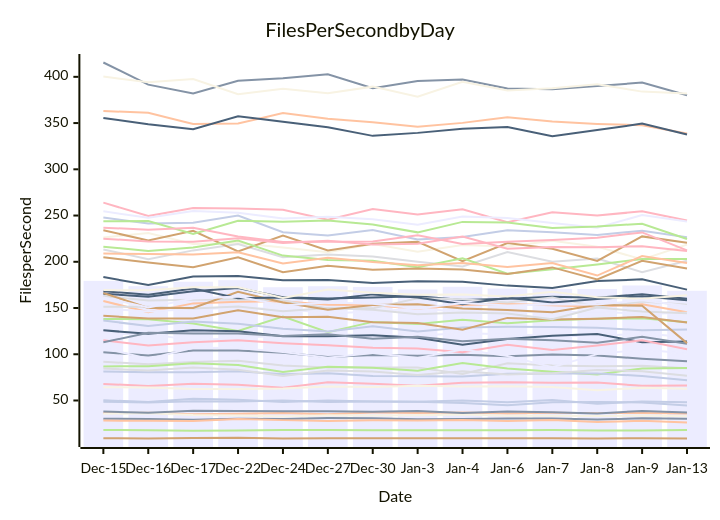
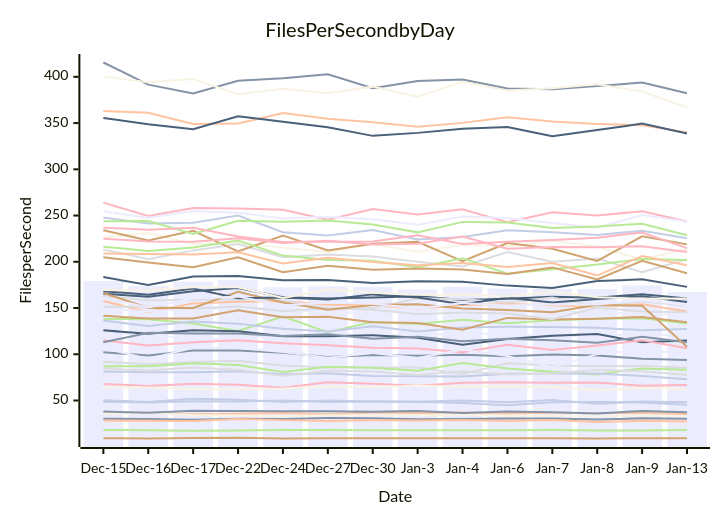
Before and after one commit to streetsidesoftware/cspell: the diagram in perf-report.md, drawn with Mermaid. The commit also changed other lines of this file and 1 other file, not shown here.

````diff
--- a/perf-report.md
+++ b/perf-report.md
@@ -10,57 +10,57 @@
 ```mermaid
 xychart-beta
     title Files Per Second by Day
     y-axis Files per Second
     x-axis Date [Dec-15, Dec-16, Dec-17, Dec-22, Dec-24, Dec-27, Dec-30, Jan-3, Jan-4, Jan-6, Jan-7, Jan-8, Jan-9, Jan-13]
-    bar [179.36, 173.64, 178.43, 180.09, 172.48, 173.54, 172.79, 170.07, 172.98, 171.06, 170.63, 170.60, 174.36, 168.67]
-    line [30.21, 30.10, 29.27, 30.24, 30.04, 30.99, 30.88, 29.79, 30.12, 30.58, 30.44, 29.43, 30.82, 30.14]
-    line [36.51, 36.62, 35.07, 35.79, 36.55, 35.09, 36.98, 36.38, 37.08, 36.07, 36.65, 36.34, 36.49, 35.99]
-    line [91.85, 89.18, 91.59, 93.06, 87.76, 85.72, 85.81, 85.78, 78.64, 90.27, 87.90, 87.06, 87.60, 84.94]
-    line [138.00, 137.98, 133.31, 125.20, 140.89, 123.76, 134.99, 132.64, 137.41, 133.47, 136.71, 138.45, 138.88, 134.62]
-    line [9.27, 8.94, 9.45, 9.78, 8.90, 9.07, 9.12, 9.16, 9.11, 9.12, 9.14, 8.90, 9.21, 9.03]
-    line [136.38, 130.55, 135.39, 132.89, 127.54, 124.61, 130.19, 124.72, 128.97, 129.63, 129.57, 128.75, 125.98, 126.77]
-    line [67.91, 65.71, 68.06, 67.11, 63.78, 69.83, 68.15, 65.99, 69.11, 69.77, 69.09, 69.36, 65.84, 66.12]
-    line [183.45, 174.84, 184.02, 184.52, 180.06, 180.25, 176.99, 178.92, 178.38, 174.22, 171.75, 179.11, 181.04, 169.88]
-    line [226.27, 231.21, 219.13, 220.31, 215.56, 210.39, 219.17, 210.98, 218.13, 216.47, 222.63, 216.37, 202.60, 218.54]
-    line [121.82, 122.30, 114.99, 117.98, 119.98, 122.26, 120.11, 120.07, 122.96, 121.36, 120.04, 119.36, 122.67, 118.26]
-    line [415.50, 391.53, 381.89, 395.71, 398.52, 402.79, 387.60, 395.60, 397.05, 387.31, 386.47, 390.16, 393.74, 380.09]
-    line [157.64, 145.39, 155.01, 156.77, 157.19, 153.46, 153.21, 148.91, 153.20, 154.41, 153.05, 151.33, 153.98, 145.36]
-    line [213.39, 202.82, 212.32, 219.19, 204.86, 207.97, 205.76, 199.93, 194.96, 210.48, 200.08, 203.53, 188.73, 201.03]
-    line [86.83, 87.07, 90.37, 88.26, 80.81, 86.47, 85.34, 82.22, 90.61, 84.54, 80.98, 78.06, 84.72, 85.09]
-    line [234.07, 222.96, 233.49, 211.10, 228.39, 212.27, 219.38, 221.60, 200.66, 220.18, 213.99, 200.90, 227.46, 220.62]
-    line [81.37, 80.53, 80.51, 81.49, 78.49, 79.44, 76.50, 76.34, 76.08, 79.03, 79.23, 79.24, 76.50, 71.79]
-    line [263.96, 249.42, 258.13, 257.62, 256.30, 245.45, 257.10, 251.12, 256.72, 242.84, 253.62, 250.11, 254.55, 244.55]
-    line [125.85, 122.14, 126.07, 124.95, 119.60, 119.43, 120.64, 117.82, 110.33, 116.53, 120.08, 121.77, 112.94, 113.86]
-    line [35.56, 36.21, 34.19, 33.89, 32.69, 33.95, 33.78, 33.96, 34.86, 33.41, 33.47, 33.19, 33.82, 33.05]
-    line [149.53, 146.32, 148.93, 149.89, 149.32, 144.39, 145.93, 149.70, 145.36, 146.19, 145.02, 146.18, 143.49, 144.83]
-    line [38.12, 36.63, 38.97, 38.70, 38.32, 38.26, 37.85, 38.77, 36.54, 38.02, 37.20, 35.97, 38.77, 37.11]
-    line [363.03, 361.09, 348.96, 349.43, 360.81, 354.60, 350.95, 345.98, 350.21, 356.35, 351.62, 349.11, 347.65, 338.63]
-    line [84.51, 82.32, 85.67, 83.25, 76.44, 82.43, 81.41, 77.52, 81.68, 78.20, 79.53, 83.01, 81.62, 76.79]
-    line [216.34, 211.66, 215.40, 222.98, 206.68, 202.06, 201.20, 194.13, 203.79, 186.99, 191.85, 197.16, 203.10, 203.00]
-    line [141.51, 138.80, 138.75, 147.65, 140.01, 140.67, 134.58, 133.84, 126.46, 139.31, 137.59, 138.48, 140.31, 134.29]
-    line [48.59, 47.94, 49.07, 48.96, 49.98, 48.46, 48.82, 48.74, 47.38, 44.97, 48.20, 48.28, 47.88, 44.68]
-    line [115.18, 109.59, 113.00, 115.03, 111.88, 109.68, 107.07, 106.25, 102.14, 110.16, 104.65, 109.58, 115.11, 105.37]
-    line [165.49, 162.20, 168.07, 171.52, 161.55, 160.38, 161.25, 162.72, 158.59, 160.02, 162.06, 161.10, 164.91, 160.06]
-    line [64.35, 64.10, 62.51, 62.39, 63.01, 65.26, 64.66, 65.89, 65.11, 65.47, 64.47, 61.13, 63.67, 62.71]
-    line [254.55, 247.67, 254.88, 252.93, 246.70, 248.73, 245.95, 240.13, 248.92, 247.35, 241.85, 236.85, 250.47, 243.65]
-    line [102.19, 98.64, 104.01, 104.04, 101.53, 97.16, 99.08, 98.33, 99.60, 97.96, 99.84, 98.62, 95.10, 92.35]
-    line [208.88, 208.37, 207.77, 210.28, 198.12, 204.40, 199.78, 196.30, 198.61, 194.45, 198.60, 185.12, 206.27, 198.57]
-    line [151.43, 151.38, 149.35, 151.56, 146.50, 150.10, 148.04, 143.32, 145.06, 144.14, 137.83, 150.50, 146.15, 144.46]
-    line [18.13, 17.93, 17.37, 17.53, 18.08, 17.97, 17.93, 17.83, 17.83, 17.89, 18.19, 17.48, 17.44, 18.03]
-    line [204.82, 199.34, 194.10, 204.78, 188.75, 195.62, 191.45, 192.64, 191.68, 186.85, 193.93, 180.85, 201.04, 192.62]
-    line [247.88, 241.35, 242.19, 249.98, 231.90, 228.38, 234.40, 224.05, 226.75, 234.01, 231.87, 229.00, 233.60, 226.53]
-    line [225.00, 222.02, 221.71, 225.51, 220.33, 222.69, 218.79, 219.63, 227.40, 214.16, 216.11, 215.58, 216.92, 211.60]
-    line [355.49, 348.84, 343.31, 357.38, 351.53, 345.39, 336.17, 339.40, 343.93, 345.83, 335.66, 342.43, 349.42, 337.57]
-    line [400.36, 394.11, 397.72, 381.16, 387.10, 382.18, 389.40, 378.43, 394.66, 385.25, 387.67, 392.05, 384.01, 381.94]
-    line [107.13, 94.87, 107.05, 106.83, 102.33, 96.35, 101.39, 95.92, 105.11, 98.16, 86.10, 100.14, 105.08, 100.77]
-    line [112.97, 123.23, 122.39, 122.57, 119.82, 121.66, 116.64, 119.03, 114.16, 116.74, 115.06, 112.51, 118.83, 111.47]
-    line [28.26, 28.09, 27.81, 29.86, 28.77, 27.94, 28.71, 28.29, 28.89, 27.76, 28.93, 26.82, 27.98, 26.31]
-    line [163.12, 158.04, 158.90, 159.56, 158.26, 149.38, 149.63, 160.44, 159.38, 155.94, 161.49, 151.30, 157.09, 153.66]
-    line [243.88, 243.97, 230.01, 244.43, 243.32, 244.74, 240.28, 231.82, 243.15, 242.35, 236.52, 238.12, 241.19, 224.62]
-    line [166.27, 150.03, 149.99, 167.61, 155.99, 148.15, 153.37, 154.17, 149.42, 147.86, 145.38, 153.63, 152.37, 112.04]
-    line [50.29, 48.39, 51.90, 50.84, 48.41, 49.94, 48.88, 48.70, 49.88, 48.16, 50.54, 46.59, 48.81, 48.07]
-    line [236.86, 234.70, 236.77, 227.25, 221.39, 221.64, 222.00, 228.77, 219.30, 221.68, 223.62, 226.04, 231.74, 212.28]
-    line [168.20, 164.35, 171.17, 160.66, 161.47, 159.18, 164.75, 161.43, 154.09, 160.97, 155.89, 159.83, 162.81, 158.28]
-    line [169.36, 169.15, 172.44, 172.46, 160.97, 170.04, 166.42, 164.47, 164.70, 162.35, 167.49, 161.75, 159.91, 163.87]
-    line [161.29, 150.68, 160.30, 162.32, 152.82, 156.10, 154.49, 149.59, 155.51, 152.61, 153.69, 153.81, 158.28, 152.27]
+    bar [179.36, 173.64, 178.43, 180.09, 172.48, 173.54, 172.79, 170.07, 172.98, 171.06, 170.63, 170.60, 174.36, 167.48]
+    line [30.21, 30.10, 29.27, 30.24, 30.04, 30.99, 30.88, 29.79, 30.12, 30.58, 30.44, 29.43, 30.82, 30.13]
+    line [36.51, 36.62, 35.07, 35.79, 36.55, 35.09, 36.98, 36.38, 37.08, 36.07, 36.65, 36.34, 36.49, 35.46]
+    line [91.85, 89.18, 91.59, 93.06, 87.76, 85.72, 85.81, 85.78, 78.64, 90.27, 87.90, 87.06, 87.60, 85.54]
+    line [138.00, 137.98, 133.31, 125.20, 140.89, 123.76, 134.99, 132.64, 137.41, 133.47, 136.71, 138.45, 138.88, 133.26]
+    line [9.27, 8.94, 9.45, 9.78, 8.90, 9.07, 9.12, 9.16, 9.11, 9.12, 9.14, 8.90, 9.21, 9.09]
+    line [136.38, 130.55, 135.39, 132.89, 127.54, 124.61, 130.19, 124.72, 128.97, 129.63, 129.57, 128.75, 125.98, 127.26]
+    line [67.91, 65.71, 68.06, 67.11, 63.78, 69.83, 68.15, 65.99, 69.11, 69.77, 69.09, 69.36, 65.84, 66.66]
+    line [183.45, 174.84, 184.02, 184.52, 180.06, 180.25, 176.99, 178.92, 178.38, 174.22, 171.75, 179.11, 181.04, 172.87]
+    line [226.27, 231.21, 219.13, 220.31, 215.56, 210.39, 219.17, 210.98, 218.13, 216.47, 222.63, 216.37, 202.60, 214.18]
+    line [121.82, 122.30, 114.99, 117.98, 119.98, 122.26, 120.11, 120.07, 122.96, 121.36, 120.04, 119.36, 122.67, 118.82]
+    line [415.50, 391.53, 381.89, 395.71, 398.52, 402.79, 387.60, 395.60, 397.05, 387.31, 386.47, 390.16, 393.74, 382.18]
+    line [157.64, 145.39, 155.01, 156.77, 157.19, 153.46, 153.21, 148.91, 153.20, 154.41, 153.05, 151.33, 153.98, 146.13]
+    line [213.39, 202.82, 212.32, 219.19, 204.86, 207.97, 205.76, 199.93, 194.96, 210.48, 200.08, 203.53, 188.73, 202.65]
+    line [86.83, 87.07, 90.37, 88.26, 80.81, 86.47, 85.34, 82.22, 90.61, 84.54, 80.98, 78.06, 84.72, 83.13]
+    line [234.07, 222.96, 233.49, 211.10, 228.39, 212.27, 219.38, 221.60, 200.66, 220.18, 213.99, 200.90, 227.46, 218.81]
+    line [81.37, 80.53, 80.51, 81.49, 78.49, 79.44, 76.50, 76.34, 76.08, 79.03, 79.23, 79.24, 76.50, 72.97]
+    line [263.96, 249.42, 258.13, 257.62, 256.30, 245.45, 257.10, 251.12, 256.72, 242.84, 253.62, 250.11, 254.55, 243.64]
+    line [125.85, 122.14, 126.07, 124.95, 119.60, 119.43, 120.64, 117.82, 110.33, 116.53, 120.08, 121.77, 112.94, 114.87]
+    line [35.56, 36.21, 34.19, 33.89, 32.69, 33.95, 33.78, 33.96, 34.86, 33.41, 33.47, 33.19, 33.82, 33.01]
+    line [149.53, 146.32, 148.93, 149.89, 149.32, 144.39, 145.93, 149.70, 145.36, 146.19, 145.02, 146.18, 143.49, 142.76]
+    line [38.12, 36.63, 38.97, 38.70, 38.32, 38.26, 37.85, 38.77, 36.54, 38.02, 37.20, 35.97, 38.77, 37.19]
+    line [363.03, 361.09, 348.96, 349.43, 360.81, 354.60, 350.95, 345.98, 350.21, 356.35, 351.62, 349.11, 347.65, 339.94]
+    line [84.51, 82.32, 85.67, 83.25, 76.44, 82.43, 81.41, 77.52, 81.68, 78.20, 79.53, 83.01, 81.62, 77.54]
+    line [216.34, 211.66, 215.40, 222.98, 206.68, 202.06, 201.20, 194.13, 203.79, 186.99, 191.85, 197.16, 203.10, 201.84]
+    line [141.51, 138.80, 138.75, 147.65, 140.01, 140.67, 134.58, 133.84, 126.46, 139.31, 137.59, 138.48, 140.31, 134.58]
+    line [48.59, 47.94, 49.07, 48.96, 49.98, 48.46, 48.82, 48.74, 47.38, 44.97, 48.20, 48.28, 47.88, 45.48]
+    line [115.18, 109.59, 113.00, 115.03, 111.88, 109.68, 107.07, 106.25, 102.14, 110.16, 104.65, 109.58, 115.11, 106.48]
+    line [165.49, 162.20, 168.07, 171.52, 161.55, 160.38, 161.25, 162.72, 158.59, 160.02, 162.06, 161.10, 164.91, 160.36]
+    line [64.35, 64.10, 62.51, 62.39, 63.01, 65.26, 64.66, 65.89, 65.11, 65.47, 64.47, 61.13, 63.67, 62.15]
+    line [254.55, 247.67, 254.88, 252.93, 246.70, 248.73, 245.95, 240.13, 248.92, 247.35, 241.85, 236.85, 250.47, 243.18]
+    line [102.19, 98.64, 104.01, 104.04, 101.53, 97.16, 99.08, 98.33, 99.60, 97.96, 99.84, 98.62, 95.10, 93.83]
+    line [208.88, 208.37, 207.77, 210.28, 198.12, 204.40, 199.78, 196.30, 198.61, 194.45, 198.60, 185.12, 206.27, 196.30]
+    line [151.43, 151.38, 149.35, 151.56, 146.50, 150.10, 148.04, 143.32, 145.06, 144.14, 137.83, 150.50, 146.15, 145.30]
+    line [18.13, 17.93, 17.37, 17.53, 18.08, 17.97, 17.93, 17.83, 17.83, 17.89, 18.19, 17.48, 17.44, 18.04]
+    line [204.82, 199.34, 194.10, 204.78, 188.75, 195.62, 191.45, 192.64, 191.68, 186.85, 193.93, 180.85, 201.04, 187.54]
+    line [247.88, 241.35, 242.19, 249.98, 231.90, 228.38, 234.40, 224.05, 226.75, 234.01, 231.87, 229.00, 233.60, 225.53]
+    line [225.00, 222.02, 221.71, 225.51, 220.33, 222.69, 218.79, 219.63, 227.40, 214.16, 216.11, 215.58, 216.92, 210.61]
+    line [355.49, 348.84, 343.31, 357.38, 351.53, 345.39, 336.17, 339.40, 343.93, 345.83, 335.66, 342.43, 349.42, 338.80]
+    line [400.36, 394.11, 397.72, 381.16, 387.10, 382.18, 389.40, 378.43, 394.66, 385.25, 387.67, 392.05, 384.01, 366.78]
+    line [107.13, 94.87, 107.05, 106.83, 102.33, 96.35, 101.39, 95.92, 105.11, 98.16, 86.10, 100.14, 105.08, 100.22]
+    line [112.97, 123.23, 122.39, 122.57, 119.82, 121.66, 116.64, 119.03, 114.16, 116.74, 115.06, 112.51, 118.83, 112.95]
+    line [28.26, 28.09, 27.81, 29.86, 28.77, 27.94, 28.71, 28.29, 28.89, 27.76, 28.93, 26.82, 27.98, 27.25]
+    line [163.12, 158.04, 158.90, 159.56, 158.26, 149.38, 149.63, 160.44, 159.38, 155.94, 161.49, 151.30, 157.09, 152.68]
+    line [243.88, 243.97, 230.01, 244.43, 243.32, 244.74, 240.28, 231.82, 243.15, 242.35, 236.52, 238.12, 241.19, 228.64]
+    line [166.27, 150.03, 149.99, 167.61, 155.99, 148.15, 153.37, 154.17, 149.42, 147.86, 145.38, 153.63, 152.37, 107.78]
+    line [50.29, 48.39, 51.90, 50.84, 48.41, 49.94, 48.88, 48.70, 49.88, 48.16, 50.54, 46.59, 48.81, 48.15]
+    line [236.86, 234.70, 236.77, 227.25, 221.39, 221.64, 222.00, 228.77, 219.30, 221.68, 223.62, 226.04, 231.74, 214.77]
+    line [168.20, 164.35, 171.17, 160.66, 161.47, 159.18, 164.75, 161.43, 154.09, 160.97, 155.89, 159.83, 162.81, 156.59]
+    line [169.36, 169.15, 172.44, 172.46, 160.97, 170.04, 166.42, 164.47, 164.70, 162.35, 167.49, 161.75, 159.91, 160.33]
+    line [161.29, 150.68, 160.30, 162.32, 152.82, 156.10, 154.49, 149.59, 155.51, 152.61, 153.69, 153.81, 158.28, 153.24]
 ```
````
